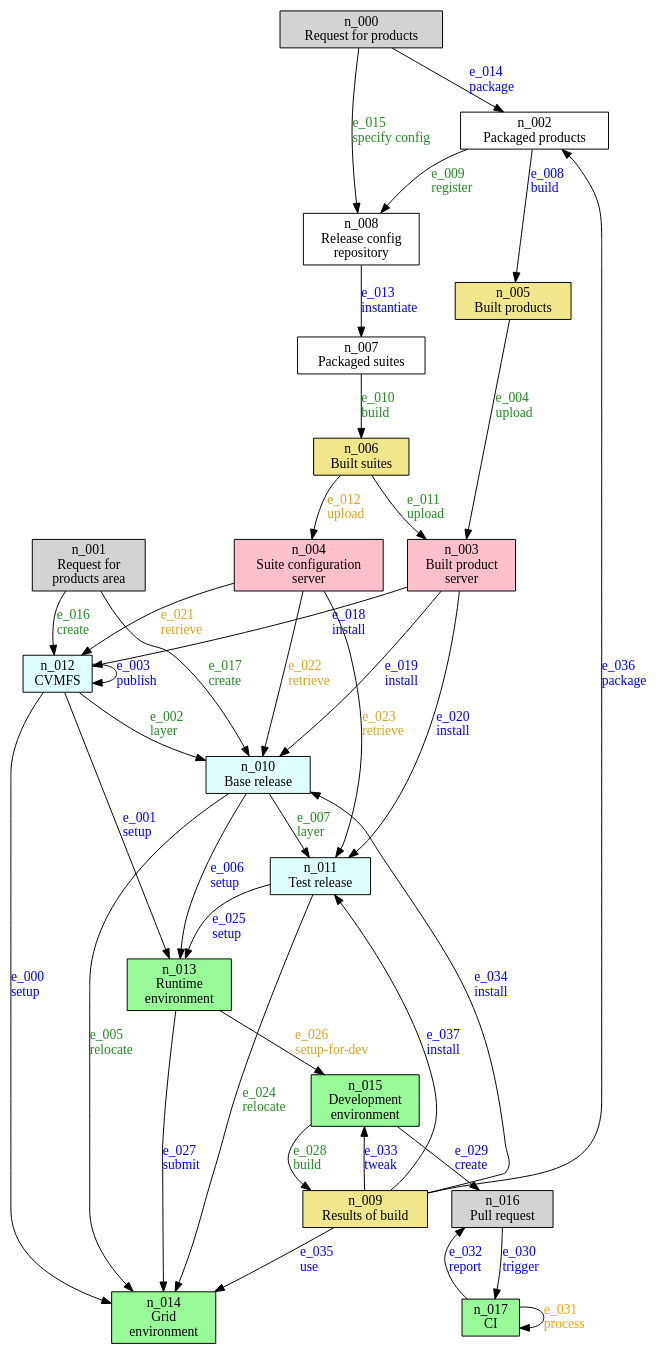
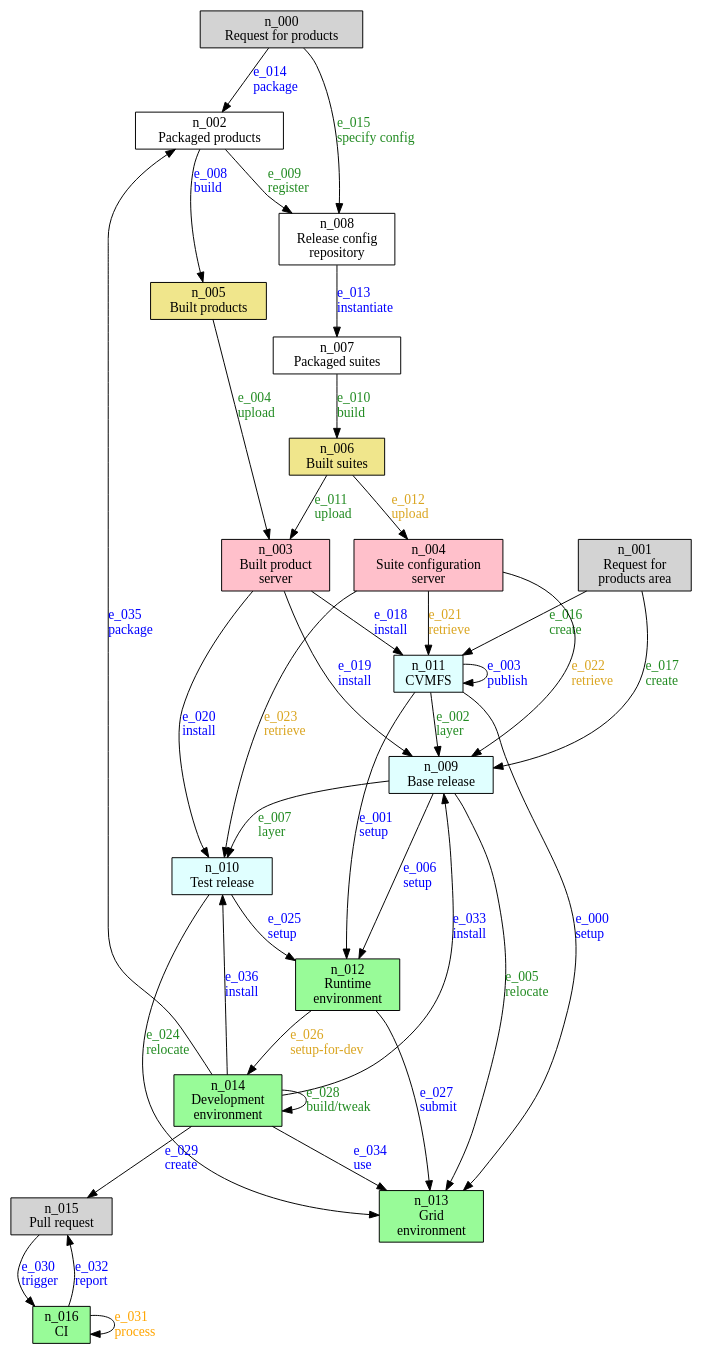
Before and after one commit to marcpaterno/spack_retreat: the diagram in spack.gv, drawn with Graphviz. The commit also changed 1 other file, not shown here.

Commit message:
Sundry improvements to workflow diagram
* Improve labeling of nodes.

* Remove unhelpful node and shuffle node and edge references
  appropriately.

* Add a 5 pixel margin around cropped graph.

```diff
--- a/spack.gv
+++ b/spack.gv
@@ -1,63 +1,61 @@
 digraph test {
 
   node [shape="rectangle"]
   nodesep=0.35
 
-  request [label="n_000\nRequest for products\n", style=filled, fillcolor=lightgray]
+  request_for_products [label="n_000\nRequest for products\n", style=filled, fillcolor=lightgray]
   request_for_products_area [label="n_001\nRequest for\nproducts area\n", style=filled, fillcolor=lightgray]
   packaged_products [label="n_002\nPackaged products"]
   scisoft [label="n_003\nBuilt product\nserver\n", style=filled, fillcolor=pink]
   suite_config_server [label="n_004\nSuite configuration\nserver\n", style=filled, fillcolor=pink]
-  build [label="n_005\nBuilt products\n", style=filled, fillcolor=khaki]
+  built_products [label="n_005\nBuilt products\n", style=filled, fillcolor=khaki]
   built_env [label="n_006\nBuilt suites\n", style=filled, fillcolor=khaki]
   packaged_suites [label="n_007\nPackaged suites"]
   release_config [label="n_008\nRelease config\nrepository"]
-  developed [label="n_009\nResults of build\n", style=filled, fillcolor=khaki]
-  base_release [label="n_010\nBase release\n", style=filled, fillcolor=lightcyan]
-  test_release [label="n_011\nTest release\n", style=filled, fillcolor=lightcyan]
-  CVMFS [label="n_012\n\N\n", style=filled, fillcolor=lightcyan]
-  runtime [label="n_013\nRuntime\nenvironment\n", style=filled, fillcolor=palegreen]
-  grid [label="n_014\nGrid\nenvironment\n", style=filled, fillcolor=palegreen]
-  development [label="n_015\nDevelopment\nenvironment\n", style=filled, fillcolor=palegreen]
-  PR [label="n_016\nPull request\n", style=filled, fillcolor=lightgray]
-  CI [label="n_017\n\N\n", style=filled, fillcolor=palegreen]
+  base_release [label="n_009\nBase release\n", style=filled, fillcolor=lightcyan]
+  test_release [label="n_010\nTest release\n", style=filled, fillcolor=lightcyan]
+  CVMFS [label="n_011\n\N\n", style=filled, fillcolor=lightcyan]
+  runtime [label="n_012\nRuntime\nenvironment\n", style=filled, fillcolor=palegreen]
+  grid [label="n_013\nGrid\nenvironment\n", style=filled, fillcolor=palegreen]
+  development [label="n_014\nDevelopment\nenvironment\n", style=filled, fillcolor=palegreen]
+  PR [label="n_015\nPull request\n", style=filled, fillcolor=lightgray]
+  CI [label="n_016\n\N\n", style=filled, fillcolor=palegreen]
 
   CVMFS -> grid [label="e_000\lsetup\l", fontcolor=blue]
   CVMFS -> runtime [label="e_001\lsetup\l", fontcolor=blue]
   CVMFS -> base_release [label="e_002\llayer\l", fontcolor=forestgreen]
   CVMFS -> CVMFS [label="e_003\lpublish\l", fontcolor=blue]
-  build -> scisoft [label="e_004\lupload\l", fontcolor=forestgreen]
+  built_products -> scisoft [label="e_004\lupload\l", fontcolor=forestgreen]
   base_release -> grid [label="e_005\lrelocate\l", fontcolor=forestgreen]
   base_release -> runtime [label="e_006\lsetup\l", fontcolor=blue]
   base_release -> test_release[label="e_007\llayer\l", fontcolor=forestgreen]
-  packaged_products -> build [label="e_008\lbuild\l", fontcolor=blue]
+  packaged_products -> built_products [label="e_008\lbuild\l", fontcolor=blue]
   packaged_products -> release_config [label="e_009\lregister\l", fontcolor=forestgreen]
   packaged_suites -> built_env [label="e_010\lbuild\l", fontcolor=forestgreen]
   built_env -> scisoft [label="e_011\lupload\l", fontcolor=forestgreen]
   built_env -> suite_config_server [label="e_012\lupload\l", fontcolor=goldenrod]
   release_config -> packaged_suites [label="e_013\linstantiate\l", fontcolor=blue]
-  request -> packaged_products [label="e_014\lpackage\l", fontcolor=blue]
-  request -> release_config [label="e_015\lspecify config\l", fontcolor=forestgreen]
+  request_for_products -> packaged_products [label="e_014\lpackage\l", fontcolor=blue]
+  request_for_products -> release_config [label="e_015\lspecify config\l", fontcolor=forestgreen]
   request_for_products_area -> CVMFS [label="e_016\lcreate\l", fontcolor=forestgreen]
   request_for_products_area -> base_release [label="e_017\lcreate\l", fontcolor=forestgreen]
   scisoft -> CVMFS [label="e_018\linstall\l", fontcolor=blue]
   scisoft -> base_release [label="e_019\linstall\l", fontcolor=blue]
   scisoft -> test_release [label="e_020\linstall\l", fontcolor=blue]
   suite_config_server -> CVMFS [label="e_021\lretrieve\l", fontcolor=goldenrod]
   suite_config_server -> base_release [label="e_022\lretrieve\l", fontcolor=goldenrod]
   suite_config_server -> test_release [label="e_023\lretrieve\l", fontcolor=goldenrod]
   test_release -> grid [label="e_024\lrelocate\l", fontcolor=forestgreen]
   test_release -> runtime [label="e_025\lsetup\l", fontcolor=blue]
   runtime -> development [label="e_026\lsetup-for-dev\l", fontcolor=goldenrod]
   runtime -> grid [label="e_027\lsubmit\l", fontcolor=blue]
-  development -> developed [label="e_028\lbuild\l", fontcolor=forestgreen]
+  development -> development [label="e_028\lbuild/tweak\l", fontcolor=forestgreen]
   development -> PR [label="e_029\lcreate\l", fontcolor=blue]
   PR -> CI [label="e_030\ltrigger\l", fontcolor=blue]
   CI -> CI [label="e_031\lprocess\l", fontcolor=orange]
   CI -> PR [label="e_032\lreport\l", fontcolor=blue]
-  developed -> development [label="e_033\ltweak\l", fontcolor=blue]
-  developed -> base_release [label="e_034\linstall\l", fontcolor=blue]
-  developed -> grid [label="e_035\luse\l", fontcolor=blue]
-  developed -> packaged_products [label="e_036\lpackage\l", fontcolor=blue]
-  developed -> test_release [label="e_037\linstall\l", fontcolor=blue]
+  development -> base_release [label="e_033\linstall\l", fontcolor=blue]
+  development -> grid [label="e_034\luse\l", fontcolor=blue]
+  development -> packaged_products [label="e_035\lpackage\l", fontcolor=blue]
+  development -> test_release [label="e_036\linstall\l", fontcolor=blue]
 }
```
